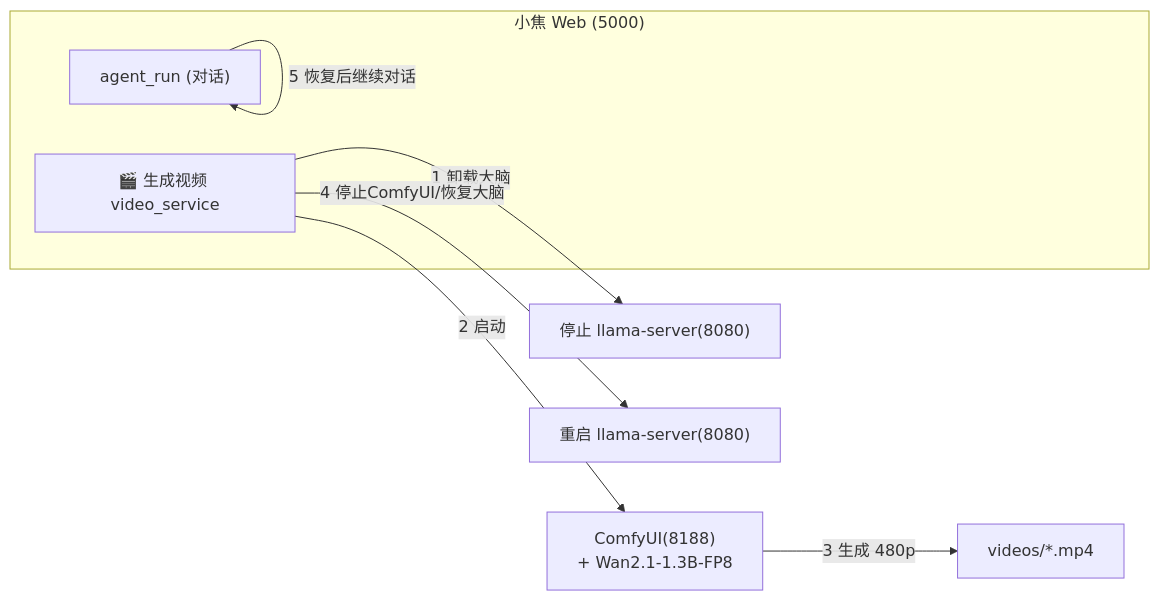
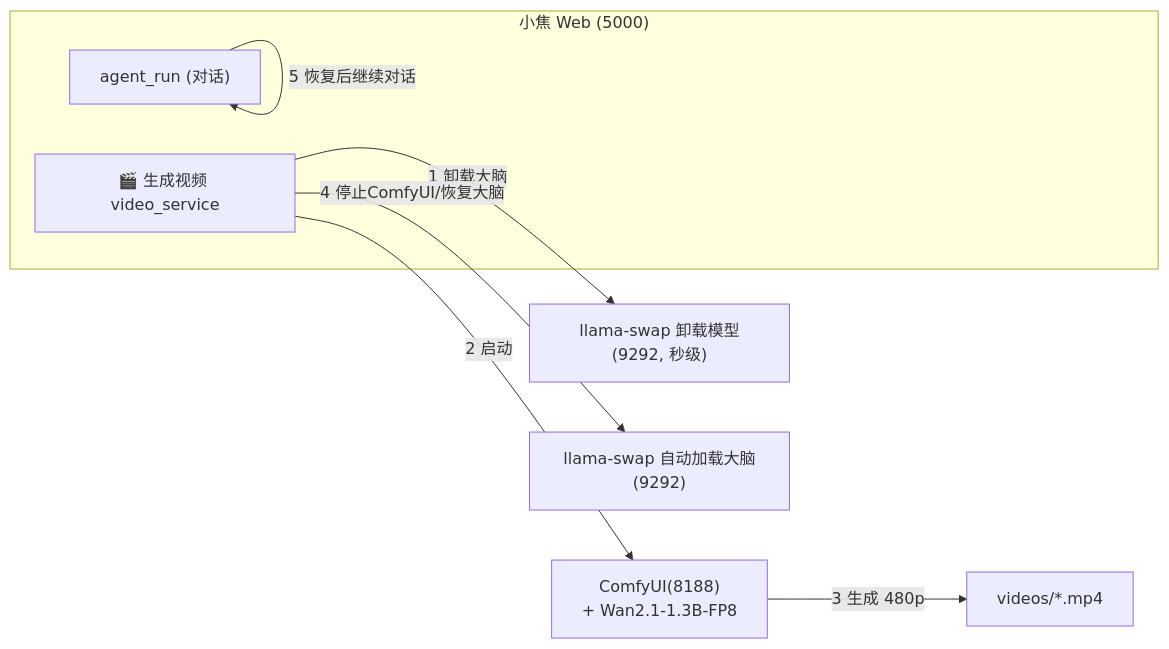
One commit to jiangchuangege/xiaojiao-harness changed the diagram in docs/architecture.md. Above: the diagram before and after it, drawn with Mermaid. The commit also changed 6 other files, not shown here.

````diff
--- a/docs/architecture.md
+++ b/docs/architecture.md
@@ -152,12 +152,12 @@
 ```mermaid
 flowchart LR
     subgraph XJ["小焦 Web (5000)"]
         A["agent_run (对话)"]
         V["🎬 生成视频 video_service"]
     end
-    V -->|1 卸载大脑| STOP["停止 llama-server(8080)"]
+    V -->|1 卸载大脑| STOP["llama-swap 卸载模型(9292, 秒级)"]
     V -->|2 启动| COMFY["ComfyUI(8188)<br/>+ Wan2.1-1.3B-FP8"]
     COMFY -->|3 生成 480p| OUT["videos/*.mp4"]
-    V -->|4 停止ComfyUI/恢复大脑| RESTORE["重启 llama-server(8080)"]
+    V -->|4 停止ComfyUI/恢复大脑| RESTORE["llama-swap 自动加载大脑(9292)"]
     A -->|5 恢复后继续对话| A
 ```
````
